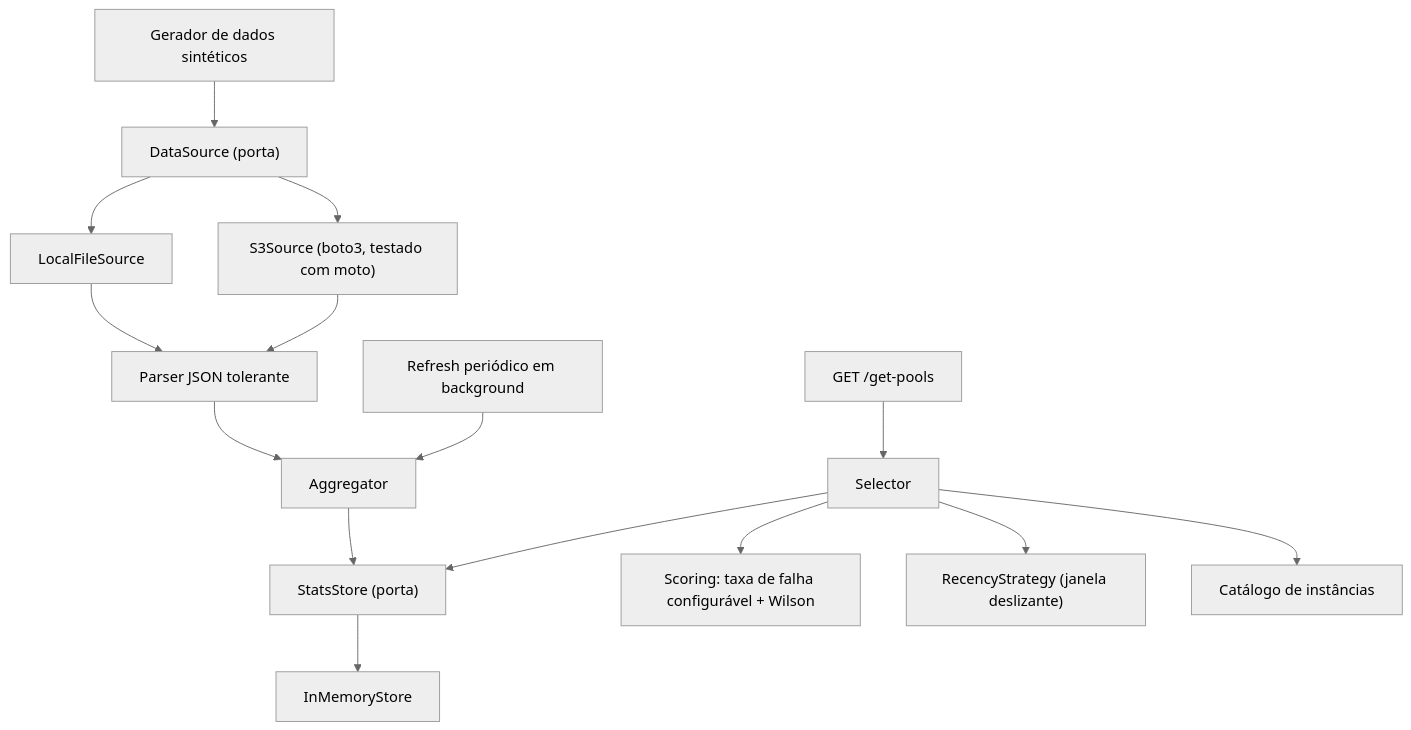
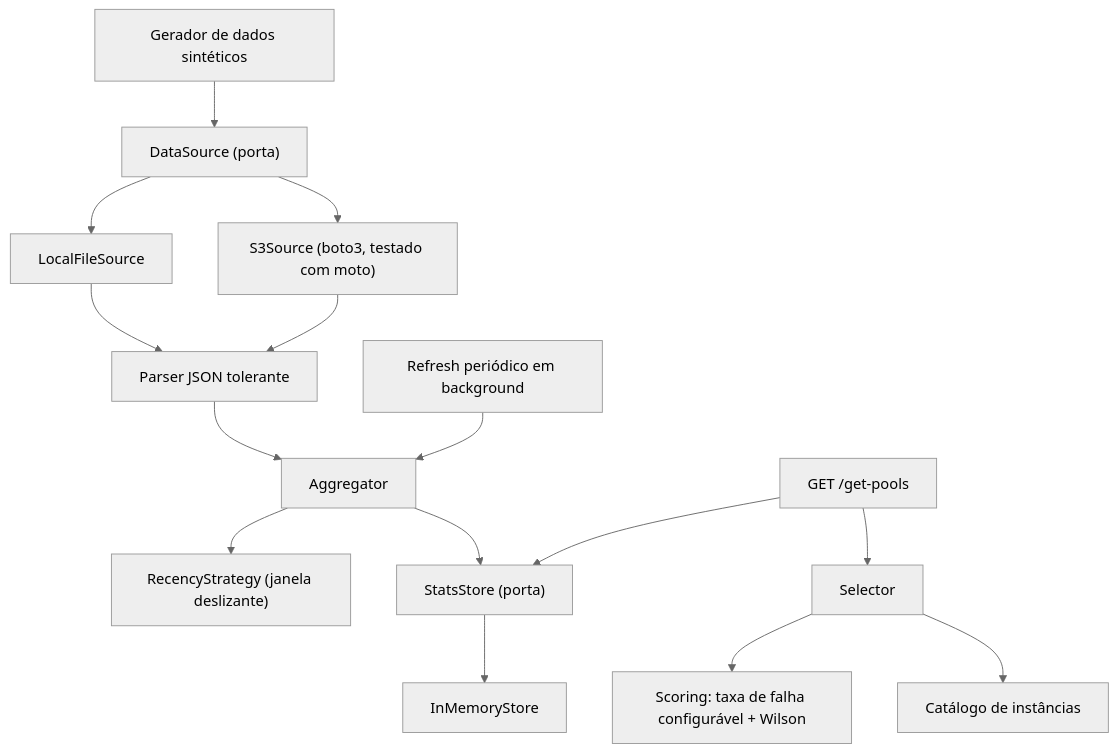
One commit to hiago-balbino/pool-selector changed the diagram in docs/architecture.md. Above: the diagram before and after it, drawn with Mermaid (neutral theme). The commit also changed other lines of this file and 4 other files, not shown here.

````diff
--- a/docs/architecture.md
+++ b/docs/architecture.md
@@ -10,17 +12,17 @@
 ```mermaid
 graph TD
     GEN[Gerador de dados sintéticos] --> DS
     DS["DataSource (porta)"] --> LFS[LocalFileSource]
     DS --> S3S["S3Source (boto3, testado com moto)"]
     LFS --> PARSER[Parser JSON tolerante]
     S3S --> PARSER
     PARSER --> AGG[Aggregator]
+    AGG --> RECENCY["RecencyStrategy (janela deslizante)"]
     AGG --> SS["StatsStore (porta)"]
     SS --> IMS[InMemoryStore]
     REFRESH[Refresh periódico em background] --> AGG
-    API["GET /get-pools"] --> SEL[Selector]
-    SEL --> SS
+    API["GET /get-pools"] --> SS
+    API --> SEL[Selector]
     SEL --> SCORE[Scoring: taxa de falha configurável + Wilson]
-    SEL --> RECENCY["RecencyStrategy (janela deslizante)"]
     SEL --> CATALOG[Catálogo de instâncias]
 ```
````
